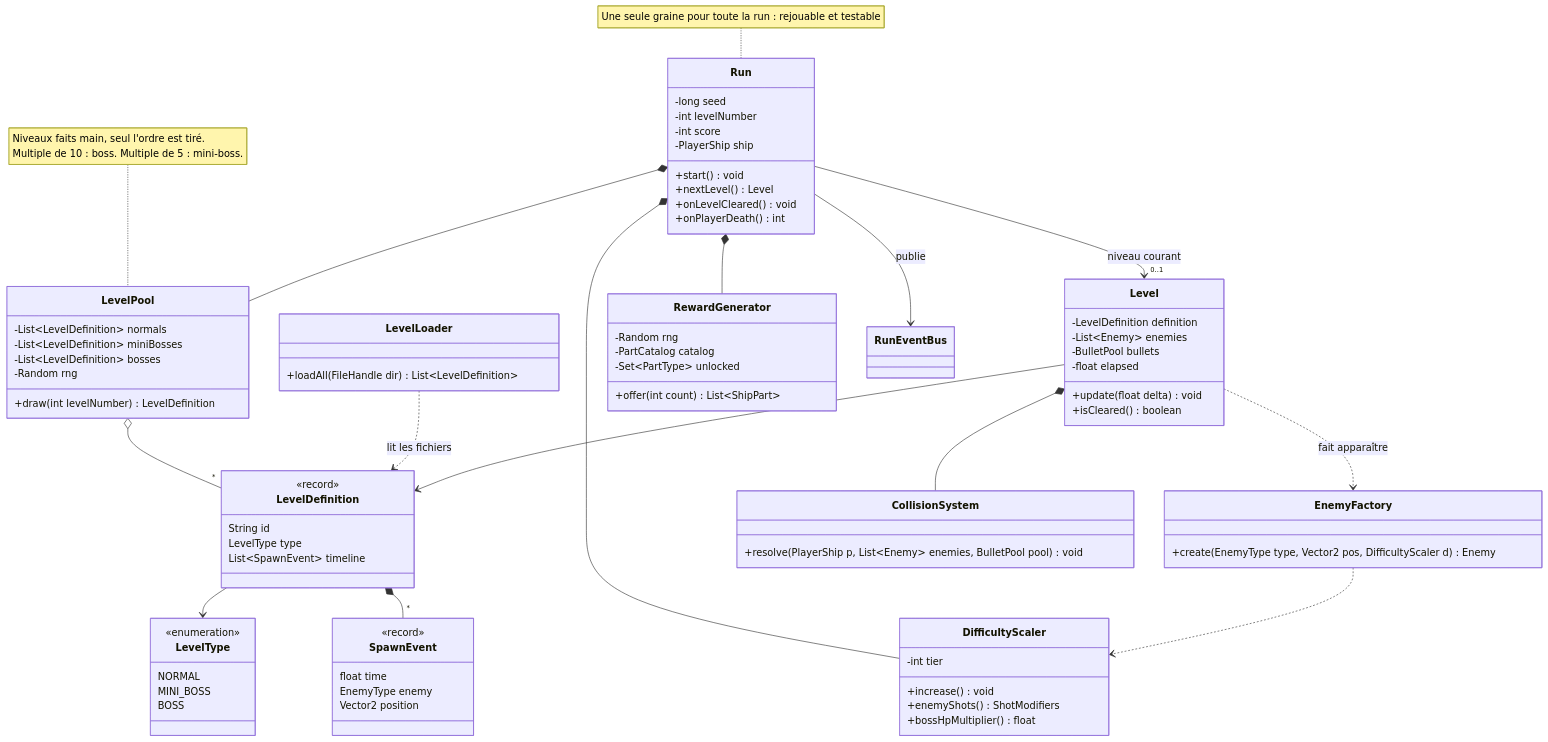
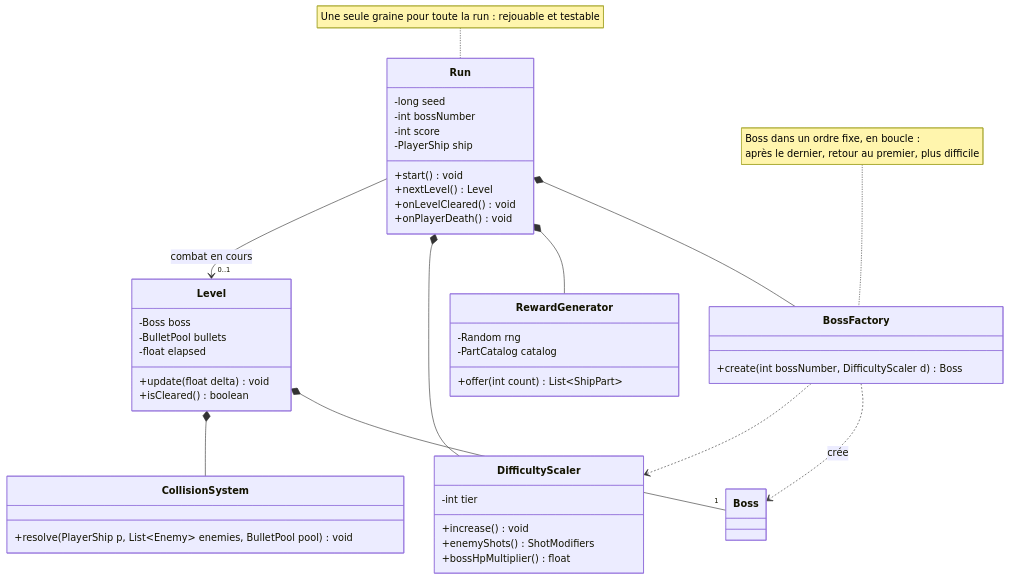
The seventh of 11 diagrams in content/2D-Game/ideas/pierre/Bullet hell roguelike - UML.md (Bisiaux-dev/public-vault), drawn with Mermaid before and after one commit. The commit also changed other lines of this file and 31 other files, not shown here.

````diff
--- a/content/2D-Game/ideas/pierre/Bullet hell roguelike - UML.md
+++ b/content/2D-Game/ideas/pierre/Bullet hell roguelike - UML.md
@@ -463,52 +461,24 @@
     direction TB
     class Run {
         -long seed
-        -int levelNumber
+        -int bossNumber
         -int score
         -PlayerShip ship
         +start() void
         +nextLevel() Level
         +onLevelCleared() void
-        +onPlayerDeath() int
-    }
-    class LevelPool {
-        -List~LevelDefinition~ normals
-        -List~LevelDefinition~ miniBosses
-        -List~LevelDefinition~ bosses
-        -Random rng
-        +draw(int levelNumber) LevelDefinition
-    }
-    class LevelDefinition {
-        <<record>>
-        String id
-        LevelType type
-        List~SpawnEvent~ timeline
-    }
-    class LevelType {
-        <<enumeration>>
-        NORMAL
-        MINI_BOSS
-        BOSS
-    }
-    class SpawnEvent {
-        <<record>>
-        float time
-        EnemyType enemy
-        Vector2 position
-    }
-    class LevelLoader {
-        +loadAll(FileHandle dir) List~LevelDefinition~
+        +onPlayerDeath() void
     }
     class Level {
-        -LevelDefinition definition
-        -List~Enemy~ enemies
+        -Boss boss
         -BulletPool bullets
         -float elapsed
         +update(float delta) void
         +isCleared() boolean
     }
-    class EnemyFactory {
-        +create(EnemyType type, Vector2 pos, DifficultyScaler d) Enemy
+    class Boss
+    class BossFactory {
+        +create(int bossNumber, DifficultyScaler d) Boss
     }
     class DifficultyScaler {
         -int tier
@@ -519,27 +489,20 @@
     class RewardGenerator {
         -Random rng
         -PartCatalog catalog
-        -Set~PartType~ unlocked
         +offer(int count) List~ShipPart~
     }
     class CollisionSystem {
         +resolve(PlayerShip p, List~Enemy~ enemies, BulletPool pool) void
     }
-    class RunEventBus
 
-    Run *-- LevelPool
+    Run *-- BossFactory
     Run *-- RewardGenerator
     Run *-- DifficultyScaler
-    Run --> "0..1" Level : niveau courant
-    Run --> RunEventBus : publie
-    LevelPool o-- "*" LevelDefinition
-    LevelLoader ..> LevelDefinition : lit les fichiers
-    LevelDefinition --> LevelType
-    LevelDefinition *-- "*" SpawnEvent
-    Level --> LevelDefinition
-    Level ..> EnemyFactory : fait apparaître
+    Run --> "0..1" Level : combat en cours
+    Level *-- "1" Boss
     Level *-- CollisionSystem
-    EnemyFactory ..> DifficultyScaler
-    note for LevelPool "Niveaux faits main, seul l'ordre est tiré.<br>Multiple de 10 : boss. Multiple de 5 : mini-boss."
+    BossFactory ..> Boss : crée
+    BossFactory ..> DifficultyScaler
+    note for BossFactory "Boss dans un ordre fixe, en boucle :<br>après le dernier, retour au premier, plus difficile"
     note for Run "Une seule graine pour toute la run : rejouable et testable"
 ```
````
